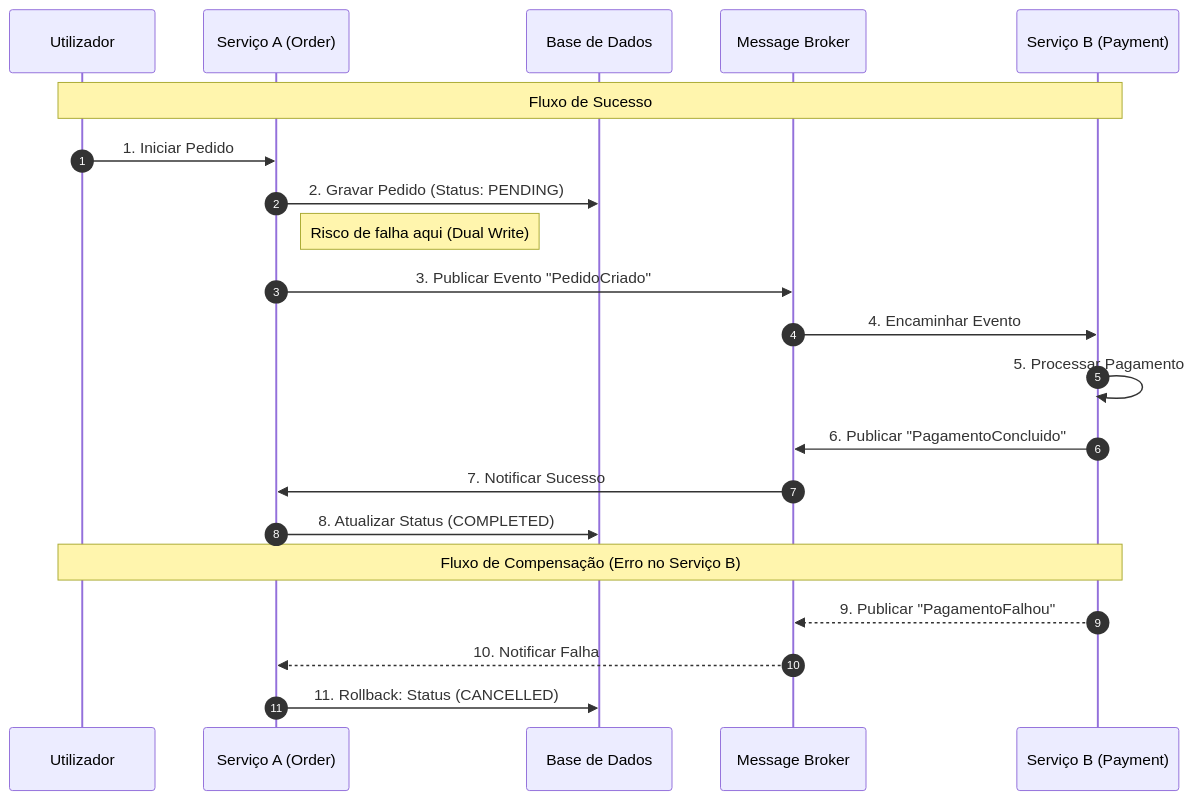
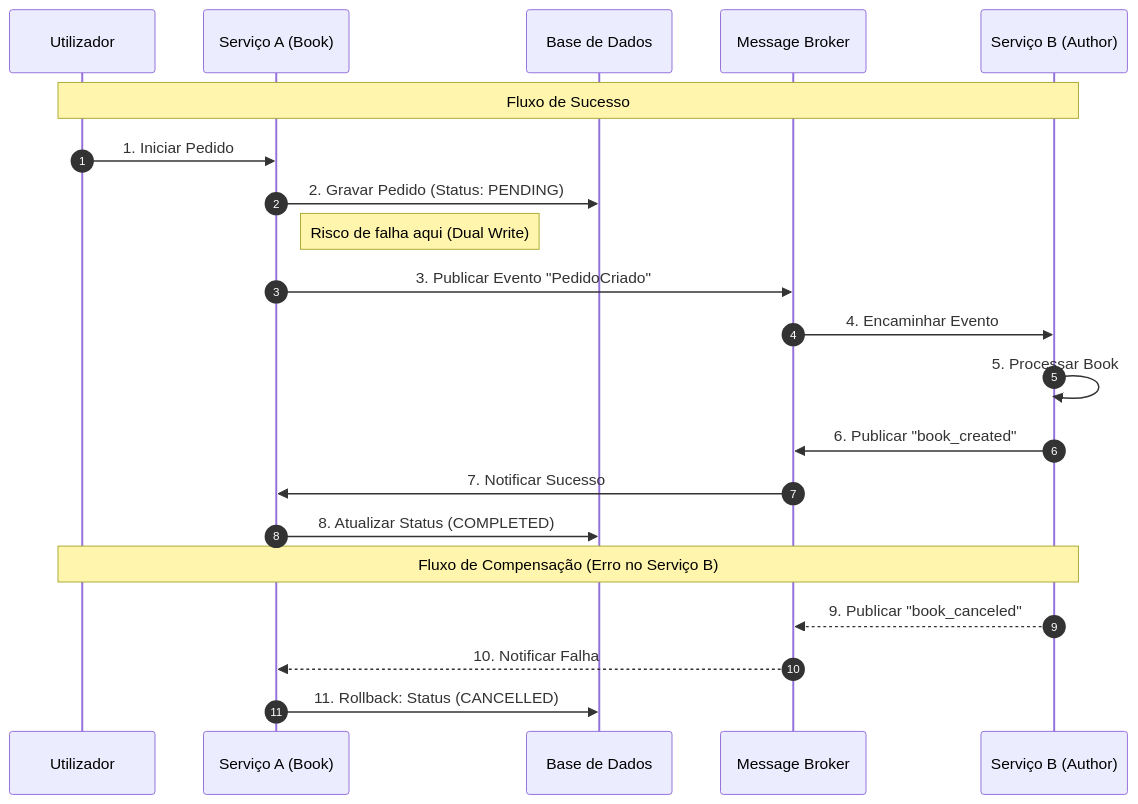
Before and after one commit to carlosch-isep/lmsbooks: the diagram in README.md, drawn with Mermaid.

Commit message:
Update README.md
update graphics

````diff
--- a/README.md
+++ b/README.md
@@ -50,25 +50,25 @@
 ```mermaid
 sequenceDiagram
     autonumber
     participant U as Utilizador
-    participant S1 as Serviço A (Order)
+    participant S1 as Serviço A (Book)
     participant DB as Base de Dados
     participant B as Message Broker
-    participant S2 as Serviço B (Payment)
+    participant S2 as Serviço B (Author)
 
     Note over U, S2: Fluxo de Sucesso
     U->>S1: 1. Iniciar Pedido
     S1->>DB: 2. Gravar Pedido (Status: PENDING)
     Note right of S1: Risco de falha aqui (Dual Write)
     S1->>B: 3. Publicar Evento "PedidoCriado"
     B->>S2: 4. Encaminhar Evento
-    S2->>S2: 5. Processar Pagamento
-    S2->>B: 6. Publicar "PagamentoConcluido"
+    S2->>S2: 5. Processar Book
+    S2->>B: 6. Publicar "book_created"
     B->>S1: 7. Notificar Sucesso
     S1->>DB: 8. Atualizar Status (COMPLETED)
 
     Note over U, S2: Fluxo de Compensação (Erro no Serviço B)
-    S2-->>B: 9. Publicar "PagamentoFalhou"
+    S2-->>B: 9. Publicar "book_canceled"
     B-->>S1: 10. Notificar Falha
     S1->>DB: 11. Rollback: Status (CANCELLED)
 ```
````
